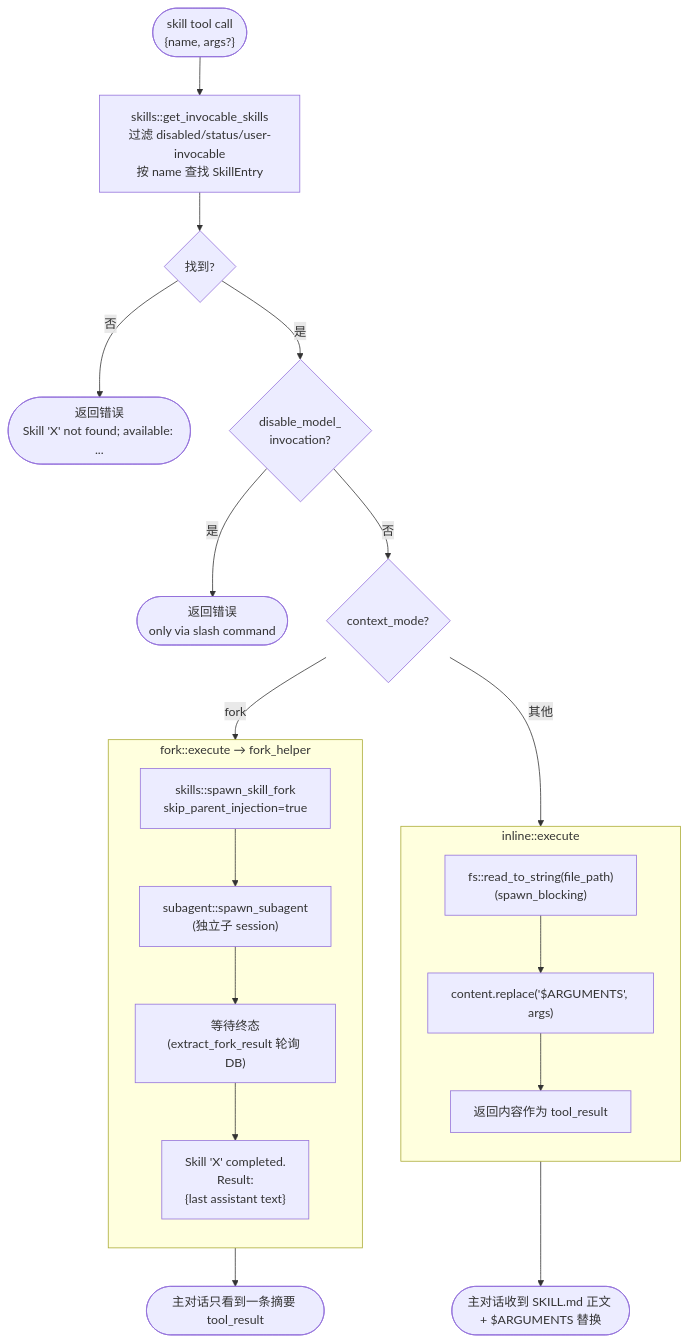
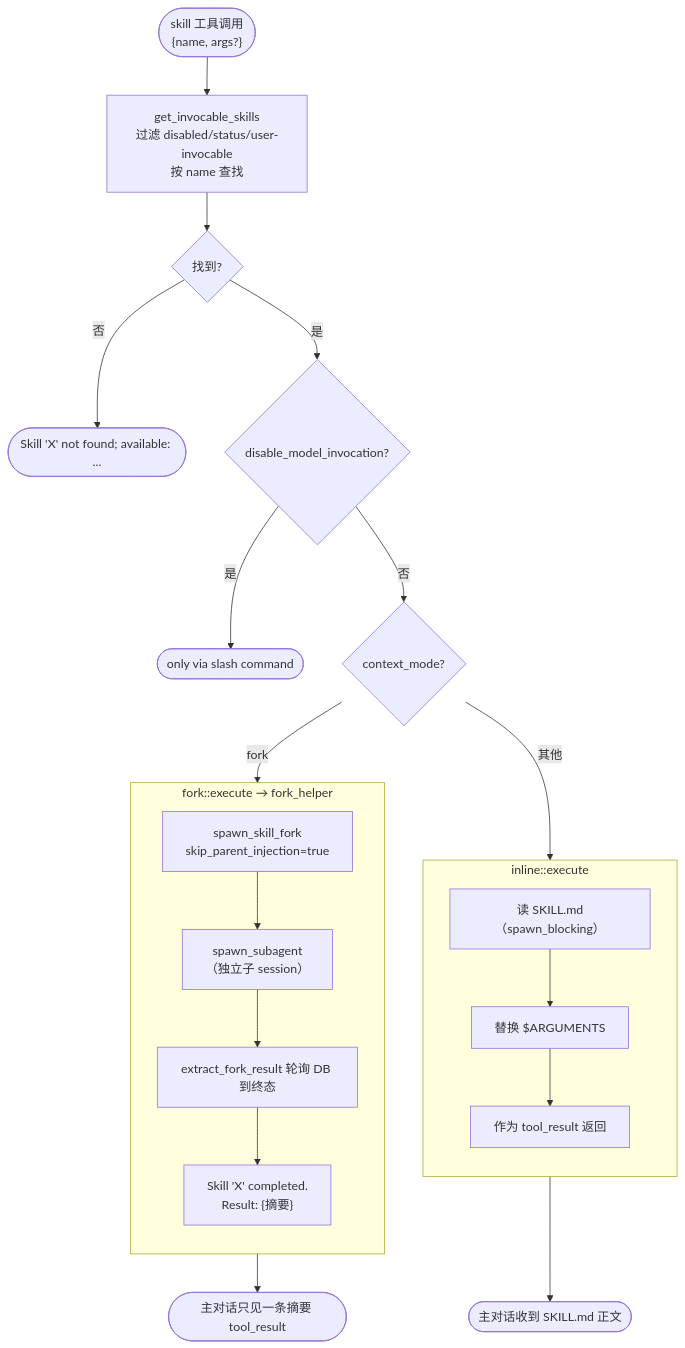
One commit to shiwenwen/hope-agent changed the sixth of 19 diagrams in docs/architecture/skill-system.md. Above: the diagram before and after it, drawn with Mermaid. The commit also changed other lines of this file, not shown here.

First line of the commit message:
🦭docs: 巨无霸 skill-system（2123 行）按新标准重做

````diff
--- a/docs/architecture/skill-system.md
+++ b/docs/architecture/skill-system.md
@@ -511,29 +506,27 @@
 ```mermaid
 flowchart TD
-    TOOL(["skill tool call<br/>{name, args?}"]) --> LOOKUP["skills::get_invocable_skills<br/>过滤 disabled/status/user-invocable<br/>按 name 查找 SkillEntry"]
+    TOOL(["skill 工具调用<br/>{name, args?}"]) --> LOOKUP["get_invocable_skills<br/>过滤 disabled/status/user-invocable<br/>按 name 查找"]
     LOOKUP --> FOUND{"找到?"}
-    FOUND -->|否| ERR(["返回错误<br/>Skill 'X' not found; available: ..."])
-    FOUND -->|是| DIM{"disable_model_<br/>invocation?"}
-    DIM -->|是| ERR2(["返回错误<br/>only via slash command"])
+    FOUND -->|否| ERR(["Skill 'X' not found; available: ..."])
+    FOUND -->|是| DIM{"disable_model_invocation?"}
+    DIM -->|是| ERR2(["only via slash command"])
     DIM -->|否| MODE{"context_mode?"}
 
-    MODE -->|"fork"| FORK
+    MODE -->|fork| FORK
     MODE -->|其他| INLINE
 
     subgraph INLINE["inline::execute"]
         direction TB
-        R1["fs::read_to_string(file_path)<br/>(spawn_blocking)"] --> R2["content.replace('$ARGUMENTS', args)"]
-        R2 --> R3["返回内容作为 tool_result"]
+        R1["读 SKILL.md（spawn_blocking）"] --> R2["替换 $ARGUMENTS"] --> R3["作为 tool_result 返回"]
     end
 
     subgraph FORK["fork::execute → fork_helper"]
         direction TB
-        F1["skills::spawn_skill_fork<br/>skip_parent_injection=true"] --> F2["subagent::spawn_subagent<br/>(独立子 session)"]
-        F2 --> F3["等待终态<br/>(extract_fork_result 轮询 DB)"]
-        F3 --> F4["Skill 'X' completed.<br/>Result:<br/>{last assistant text}"]
+        F1["spawn_skill_fork<br/>skip_parent_injection=true"] --> F2["spawn_subagent<br/>（独立子 session）"]
+        F2 --> F3["extract_fork_result 轮询 DB 到终态"]
+        F3 --> F4["Skill 'X' completed.<br/>Result: {摘要}"]
     end
 
-    INLINE --> OUT_IN(["主对话收到 SKILL.md 正文 + $ARGUMENTS 替换"])
-    FORK --> OUT_FK(["主对话只看到一条摘要 tool_result"])
-
+    INLINE --> OUT_IN(["主对话收到 SKILL.md 正文"])
+    FORK --> OUT_FK(["主对话只见一条摘要 tool_result"])
 ```
````
